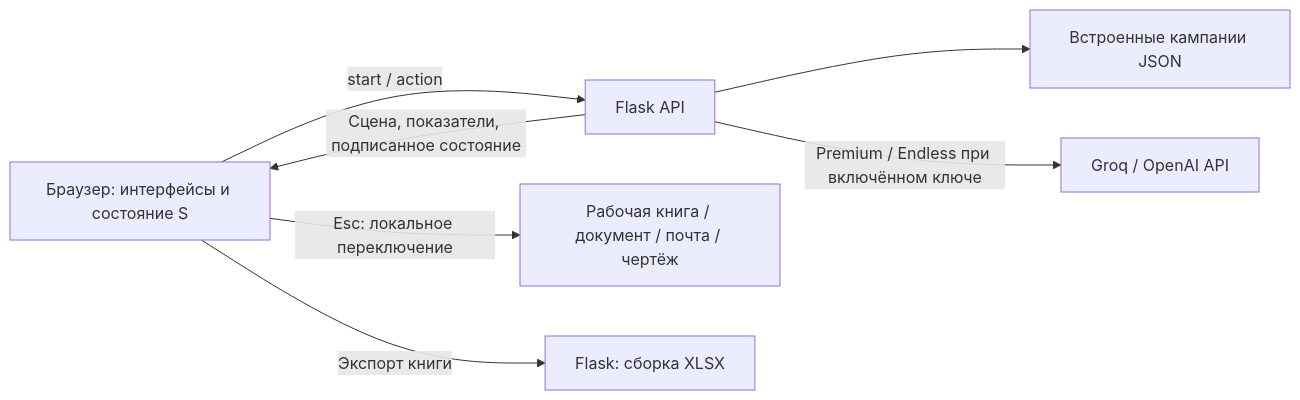
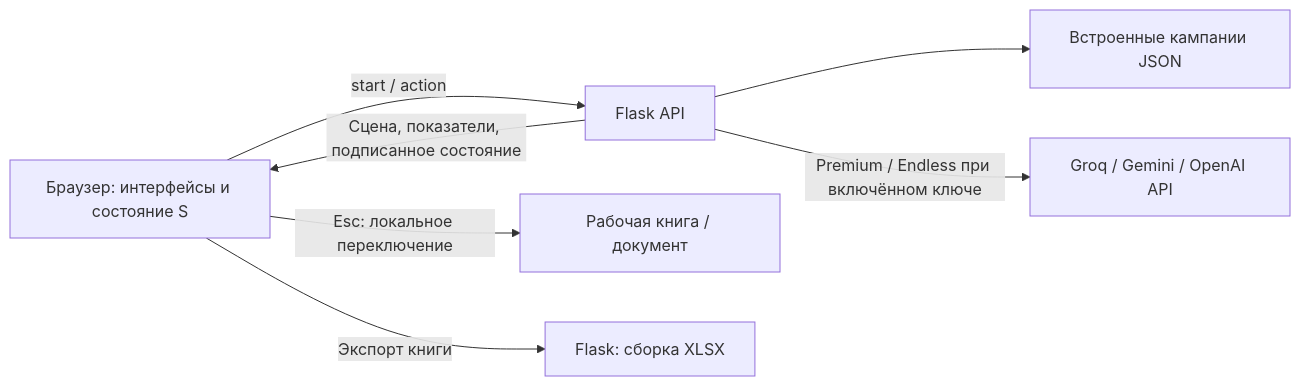
One commit to ruslan-berkin/project4businesscup2.0 changed the diagram in README.md. Above: the diagram before and after it, drawn with Mermaid. The commit also changed other lines of this file and 2 other files, not shown here.

````diff
--- a/README.md
+++ b/README.md
@@ -160,9 +160,9 @@
 ```mermaid
 flowchart LR
     A[Браузер: интерфейсы и состояние S] -->|start / action| B[Flask API]
     B --> C[Встроенные кампании JSON]
-    B -->|Premium / Endless при включённом ключе| D[Groq / OpenAI API]
+    B -->|Premium / Endless при включённом ключе| D[Groq / Gemini / OpenAI API]
     B -->|Сцена, показатели, подписанное состояние| A
-    A -->|Esc: локальное переключение| E[Рабочая книга / документ / почта / чертёж]
+    A -->|Esc: локальное переключение| E[Рабочая книга / документ]
     A -->|Экспорт книги| F[Flask: сборка XLSX]
 ```
````
